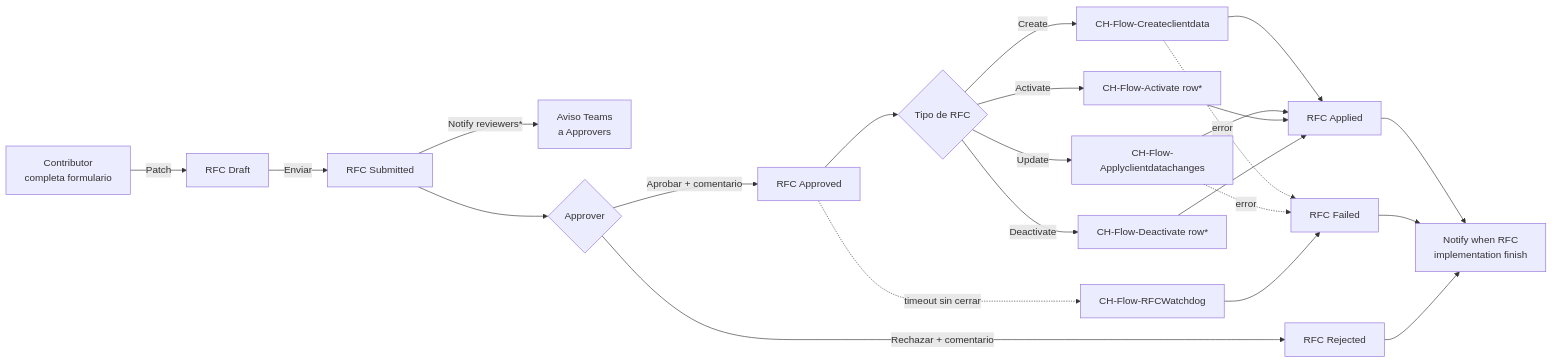
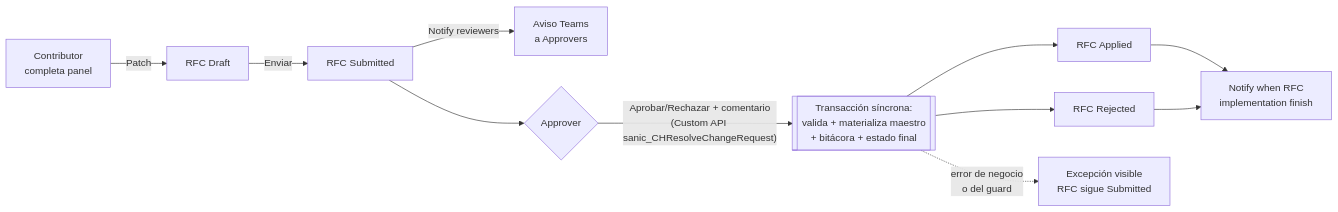
Before and after one commit to randy-kauffman/CashHub: the diagram in docs/procesos/01-administracion-datos-clientes.md, drawn with Mermaid. The commit also changed other lines of this file and 130 other files, not shown here.

````diff
--- a/docs/procesos/01-administracion-datos-clientes.md
+++ b/docs/procesos/01-administracion-datos-clientes.md
@@ -36,24 +48,13 @@
 ```mermaid
 flowchart LR
-    A[Contributor<br/>completa formulario] -->|Patch| B[RFC Draft]
+    A[Contributor<br/>completa panel] -->|Patch| B[RFC Draft]
     B -->|Enviar| C[RFC Submitted]
-    C -->|Notify reviewers*| D[Aviso Teams<br/>a Approvers]
+    C -->|Notify reviewers| D[Aviso Teams<br/>a Approvers]
     C --> E{Approver}
-    E -->|Aprobar + comentario| F[RFC Approved]
-    E -->|Rechazar + comentario| G[RFC Rejected]
-    F --> H{Tipo de RFC}
-    H -->|Create| I[CH-Flow-Createclientdata]
-    H -->|Update| J[CH-Flow-Applyclientdatachanges]
-    H -->|Activate| K[CH-Flow-Activate row*]
-    H -->|Deactivate| L[CH-Flow-Deactivate row*]
-    I --> M[RFC Applied]
-    J --> M
-    K --> M
-    L --> M
-    I -.error.-> N[RFC Failed]
-    J -.error.-> N
-    F -.timeout sin cerrar.-> O[CH-Flow-RFCWatchdog] --> N
+    E -->|"Aprobar/Rechazar + comentario<br/>(Custom API sanic_CHResolveChangeRequest)"| R[["Transacción síncrona:<br/>valida + materializa maestro<br/>+ bitácora + estado final"]]
+    R --> M[RFC Applied]
+    R --> N[RFC Rejected]
+    R -.error de negocio<br/>o del guard.-> X[Excepción visible<br/>RFC sigue Submitted]
     M --> P[Notify when RFC<br/>implementation finish]
     N --> P
-    G --> P
 ```
````
